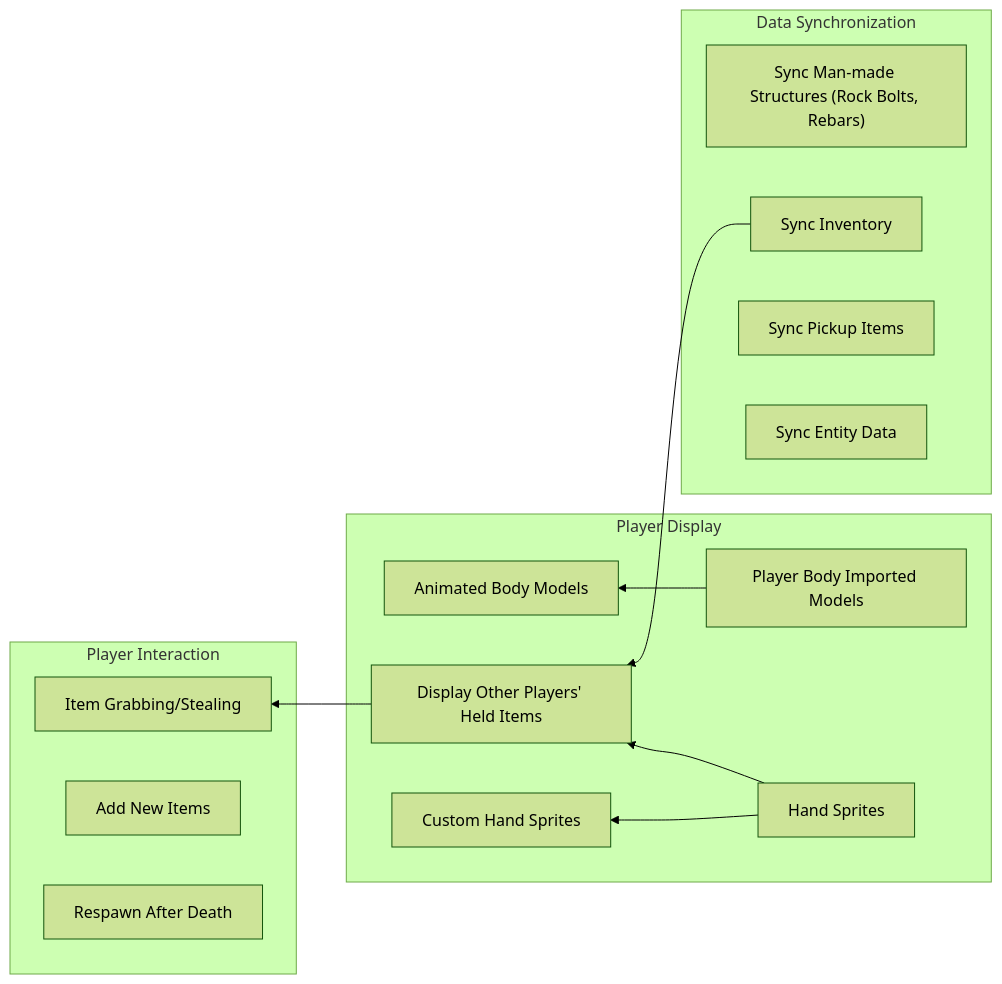
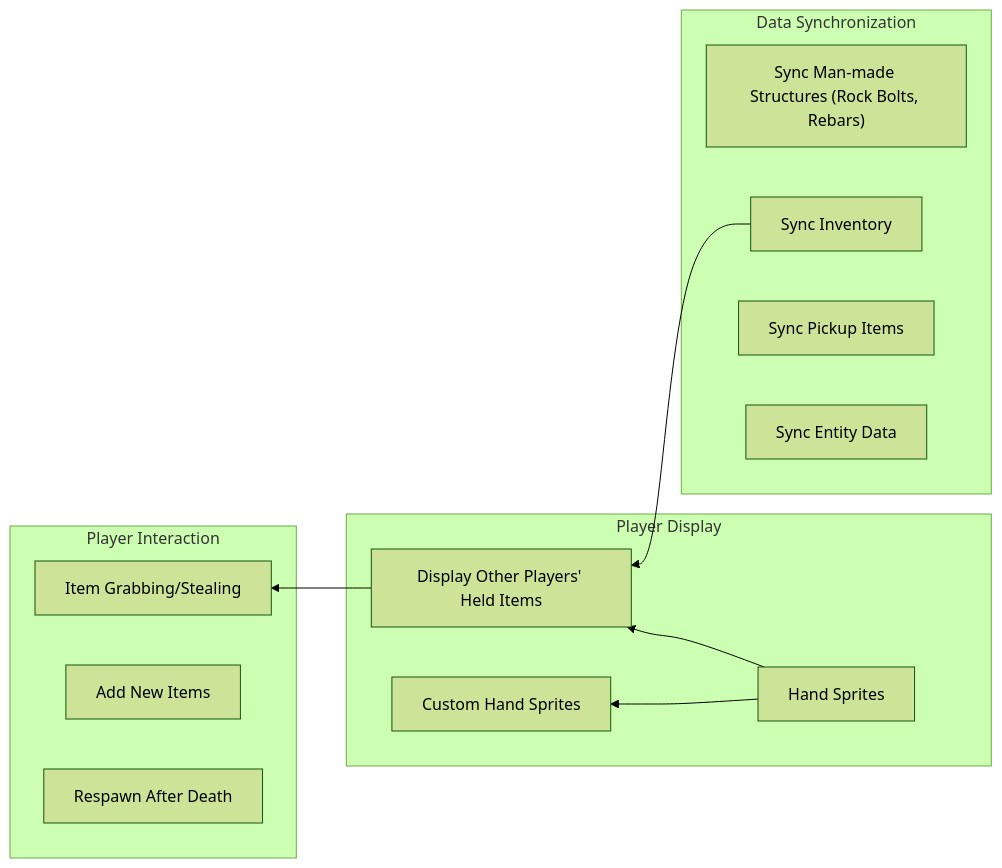
The diagram in README.md (Shen-X-L/WKMultiMod), drawn with Mermaid (forest theme) before and after one commit. The commit also changed other lines of this file and 9 other files, not shown here.

````diff
--- a/README.md
+++ b/README.md
@@ -24,33 +22,30 @@
 ```mermaid
 graph RL
     %% Module 1: Player Display
     subgraph Player Display
         1a[Hand Sprites]
-        1b[Player Body Imported Models]
-        1c[Animated Body Models]
         1d[Display Other Players' Held Items]
         1e[Custom Hand Sprites]
     end
 
     %% Module 2: Player Interaction
     subgraph Player Interaction
         2b[Item Grabbing/Stealing]
         2c[Add New Items]
         2e[Respawn After Death]
     end
 
     %% Module 3: Data Synchronization
     subgraph Data Synchronization
         3a["Sync Man-made Structures (Rock Bolts, Rebars)"]
         3b[Sync Inventory]
         3c[Sync Pickup Items]
         3e[Sync Entity Data]
     end
 
     %% Dependency Connections (cross-module and within modules)
     1a --> 1e
-    1b --> 1c
     3b --> 1d
     1a --> 1d
     1d --> 2b
 ```
````
